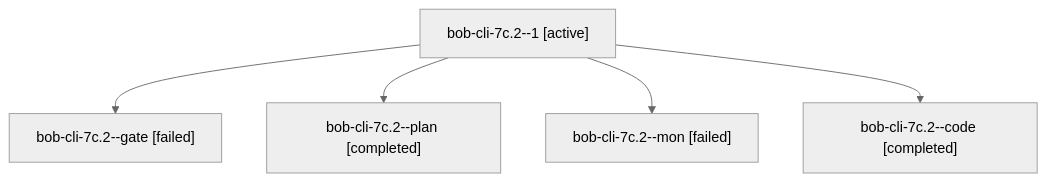
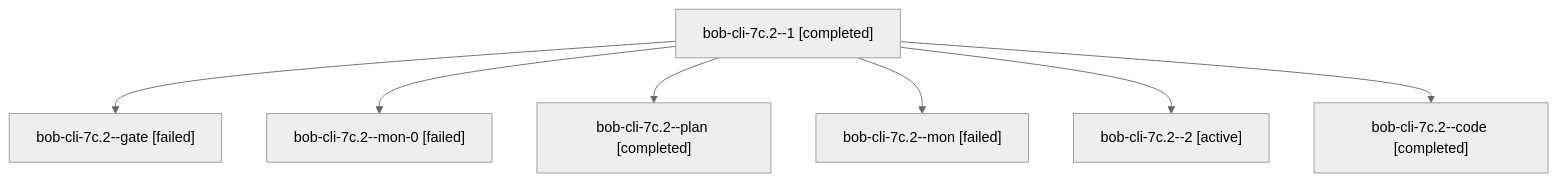
The diagram in sessions/bbugyi200.apollo.bob-cli-7c.2.md (bobs-org/bob-cli--agents), drawn with Mermaid (neutral theme) before and after one commit. The commit also changed other lines of this file and 47 other files, not shown here.

````diff
--- a/sessions/bbugyi200.apollo.bob-cli-7c.2.md
+++ b/sessions/bbugyi200.apollo.bob-cli-7c.2.md
@@ -9,12 +9,16 @@
 ```mermaid
 flowchart TD
-  n0["bob-cli-7c.2--1 [active]"]
+  n0["bob-cli-7c.2--1 [completed]"]
   n1["bob-cli-7c.2--gate [failed]"]
   n0 --> n1
-  n2["bob-cli-7c.2--plan [completed]"]
+  n2["bob-cli-7c.2--mon-0 [failed]"]
   n0 --> n2
-  n3["bob-cli-7c.2--mon [failed]"]
+  n3["bob-cli-7c.2--plan [completed]"]
   n0 --> n3
-  n4["bob-cli-7c.2--code [completed]"]
+  n4["bob-cli-7c.2--mon [failed]"]
   n0 --> n4
+  n5["bob-cli-7c.2--2 [active]"]
+  n0 --> n5
+  n6["bob-cli-7c.2--code [completed]"]
+  n0 --> n6
 ```
````
